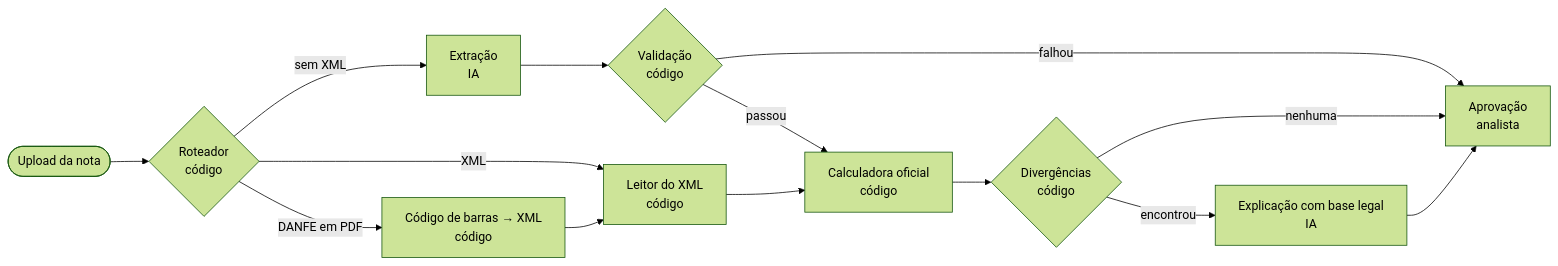
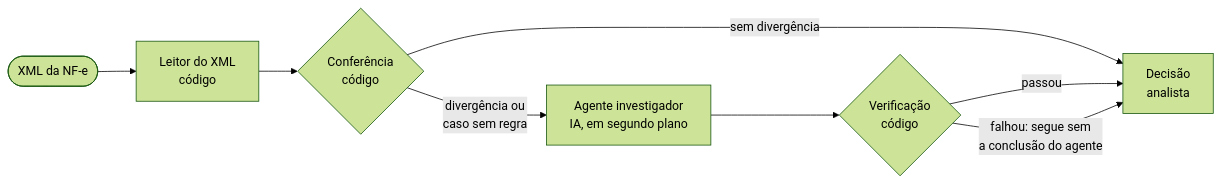
The first of 2 diagrams in README.md (GuilhermeAJJ/IVA-DUAL-CHECK), drawn with Mermaid (forest theme) before and after one commit. The commit also changed other lines of this file and 2 other files, not shown here.

````diff
--- a/README.md
+++ b/README.md
@@ -24,16 +44,10 @@
 ```mermaid
 flowchart LR
-    U(["Upload da nota"]) --> R{"Roteador<br/>código"}
-    R -->|"XML"| X["Leitor do XML<br/>código"]
-    R -->|"DANFE em PDF"| B["Código de barras → XML<br/>código"]
-    R -->|"sem XML"| E["Extração<br/>IA"]
-    B --> X
-    E --> V{"Validação<br/>código"}
-    V -->|"passou"| C
-    V -->|"falhou"| H
-    X --> C["Calculadora oficial<br/>código"]
-    C --> D{"Divergências<br/>código"}
-    D -->|"encontrou"| L["Explicação com base legal<br/>IA"]
-    D -->|"nenhuma"| H
-    L --> H["Aprovação<br/>analista"]
+    N(["XML da NF-e"]) --> L["Leitor do XML<br/>código"]
+    L --> C{"Conferência<br/>código"}
+    C -->|"sem divergência"| D["Decisão<br/>analista"]
+    C -->|"divergência ou<br/>caso sem regra"| A["Agente investigador<br/>IA, em segundo plano"]
+    A --> V{"Verificação<br/>código"}
+    V -->|"passou"| D
+    V -->|"falhou: segue sem<br/>a conclusão do agente"| D
 ```
````
